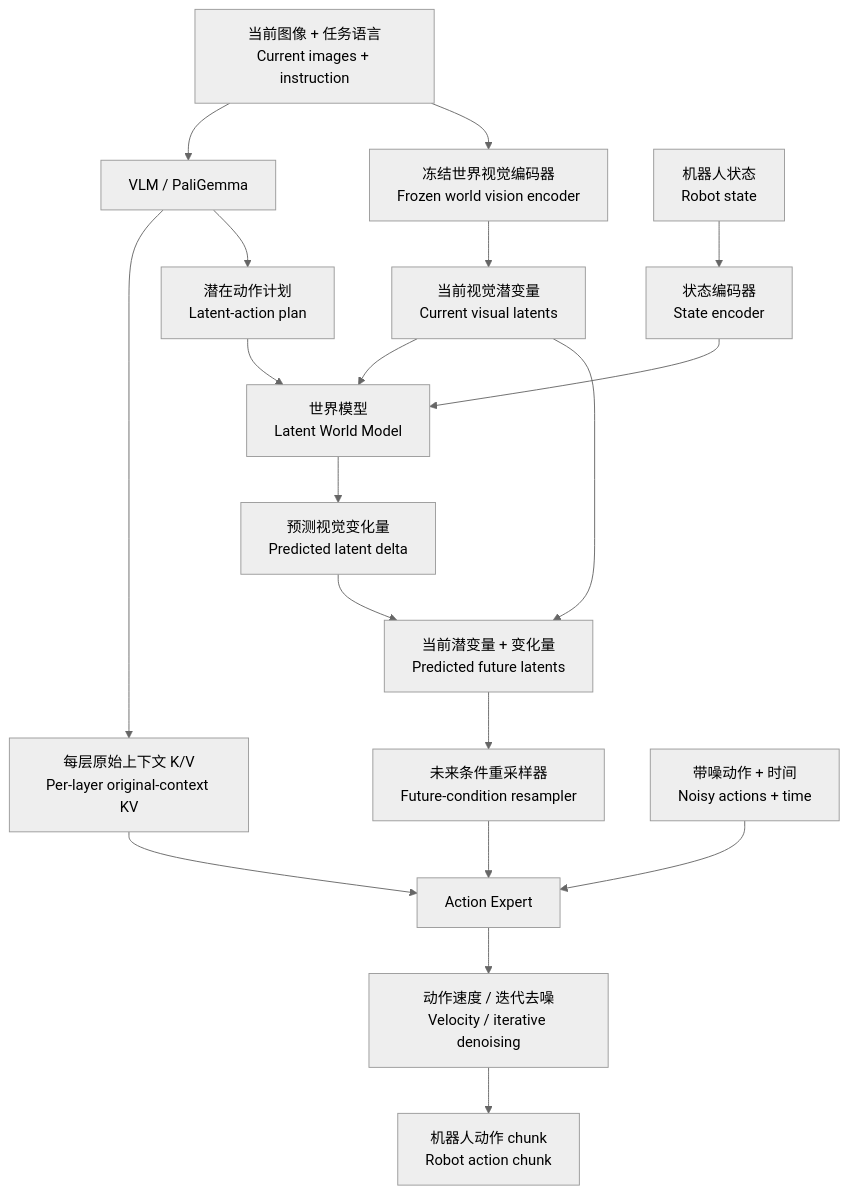
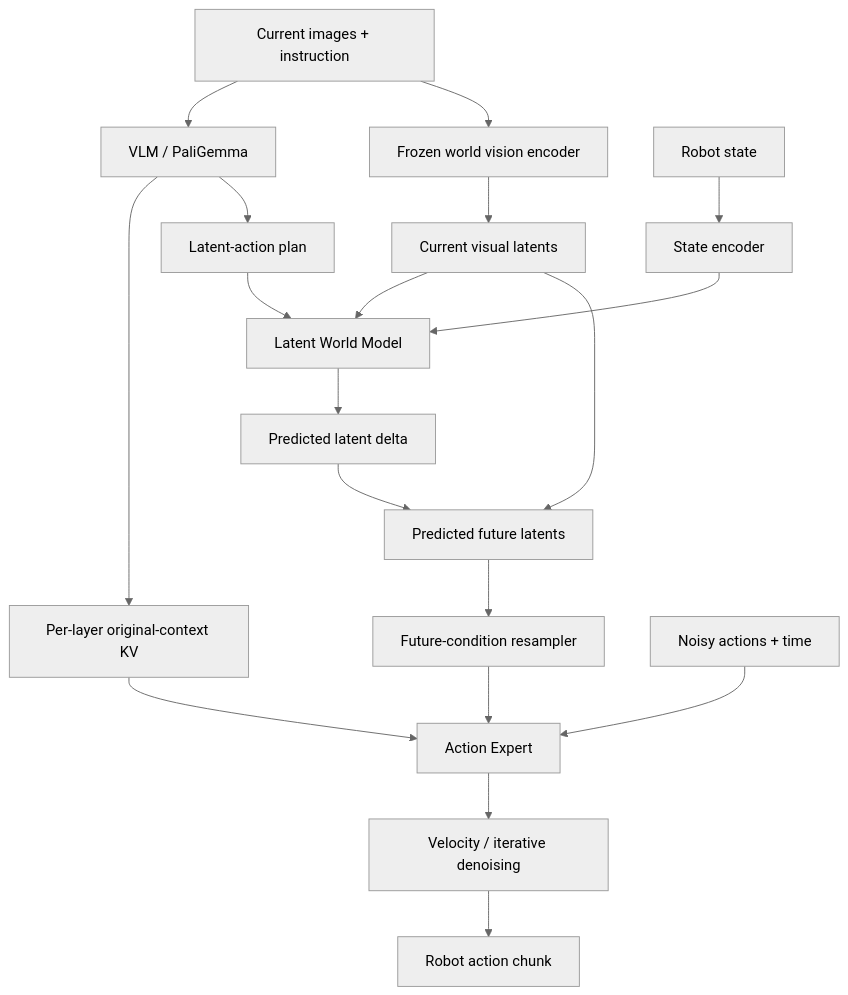
The diagram in README.md (SILVIO-ZHENG/wave0-world-model-expert), drawn with Mermaid (neutral theme) before and after one commit. The commit also changed other lines of this file and 1 other file, not shown here.

````diff
--- a/README.md
+++ b/README.md
@@ -24,21 +16,21 @@
 ```mermaid
 flowchart TD
-    I["当前图像 + 任务语言<br/>Current images + instruction"] --> V["VLM / PaliGemma"]
-    V --> K["每层原始上下文 K/V<br/>Per-layer original-context KV"]
-    V --> P["潜在动作计划<br/>Latent-action plan"]
-    I --> E["冻结世界视觉编码器<br/>Frozen world vision encoder"]
-    E --> Z["当前视觉潜变量<br/>Current visual latents"]
-    S["机器人状态<br/>Robot state"] --> SE["状态编码器<br/>State encoder"]
-    P --> W["世界模型<br/>Latent World Model"]
+    I["Current images + instruction"] --> V["VLM / PaliGemma"]
+    V --> K["Per-layer original-context KV"]
+    V --> P["Latent-action plan"]
+    I --> E["Frozen world vision encoder"]
+    E --> Z["Current visual latents"]
+    S["Robot state"] --> SE["State encoder"]
+    P --> W["Latent World Model"]
     Z --> W
     SE --> W
-    W --> D["预测视觉变化量<br/>Predicted latent delta"]
-    D --> F["当前潜变量 + 变化量<br/>Predicted future latents"]
+    W --> D["Predicted latent delta"]
+    D --> F["Predicted future latents"]
     Z --> F
-    F --> R["未来条件重采样器<br/>Future-condition resampler"]
+    F --> R["Future-condition resampler"]
     R --> X["Action Expert"]
     K --> X
-    N["带噪动作 + 时间<br/>Noisy actions + time"] --> X
-    X --> A["动作速度 / 迭代去噪<br/>Velocity / iterative denoising"]
-    A --> O["机器人动作 chunk<br/>Robot action chunk"]
+    N["Noisy actions + time"] --> X
+    X --> A["Velocity / iterative denoising"]
+    A --> O["Robot action chunk"]
 ```
````
